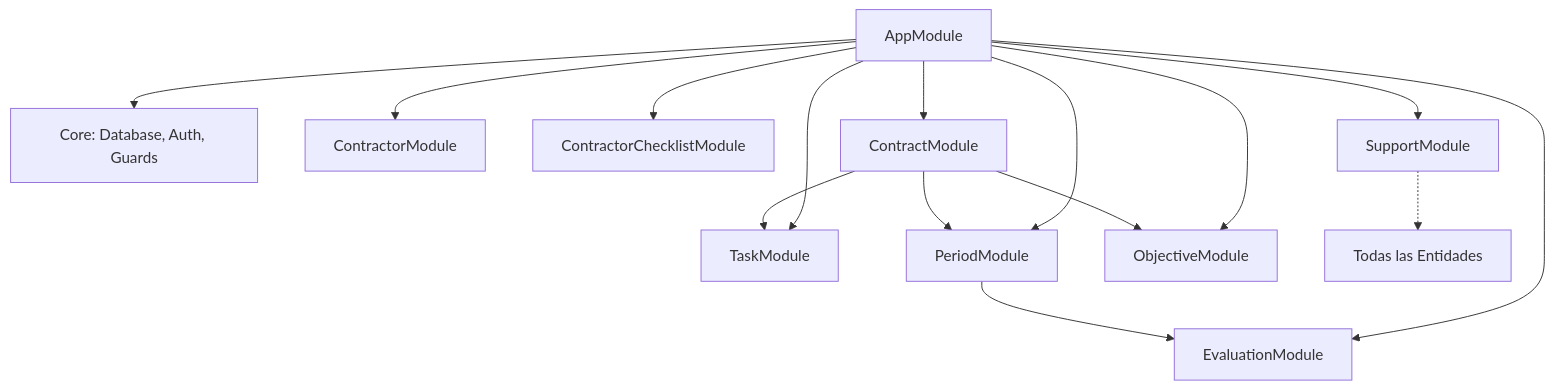
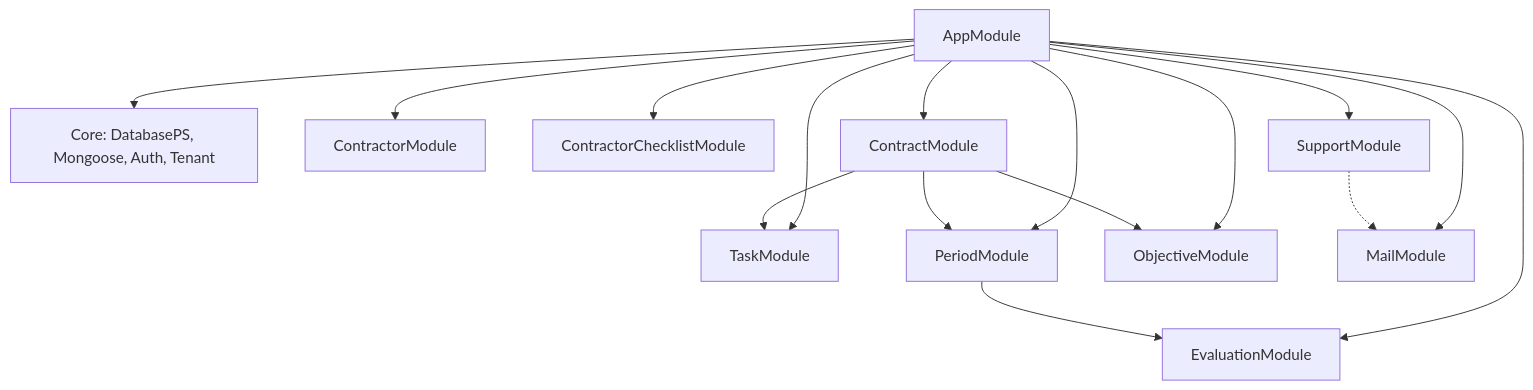
The second of 2 diagrams in ARCHITECTURE.md (DesarrolloSiellano/contratos-backend-bpo), drawn with Mermaid before and after one commit. The commit also changed other lines of this file and 38 other files, not shown here.

````diff
--- a/ARCHITECTURE.md
+++ b/ARCHITECTURE.md
@@ -67,18 +136,19 @@
 ```mermaid
 graph TD
-    App[AppModule] --> Core[Core: Database, Auth, Guards]
+    App[AppModule] --> Core[Core: DatabasePS, Mongoose, Auth, Tenant]
     App --> Contractor[ContractorModule]
     App --> Checklist[ContractorChecklistModule]
     App --> Contract[ContractModule]
     App --> Task[TaskModule]
     App --> Evaluation[EvaluationModule]
     App --> Period[PeriodModule]
     App --> Objective[ObjectiveModule]
     App --> Support[SupportModule]
+    App --> Mail[MailModule]
     
     Contract --> Task
     Contract --> Period
     Contract --> Objective
     Period --> Evaluation
-    Support -.-> AllEntities[Todas las Entidades]
+    Support -.-> Mail
 ```
````
